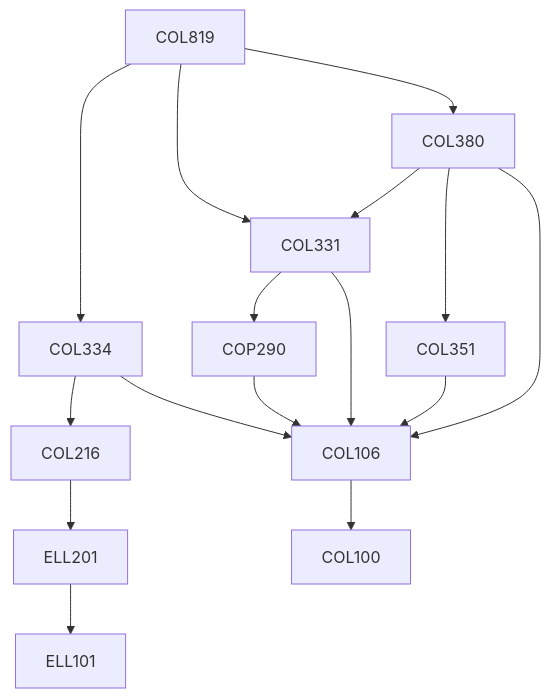
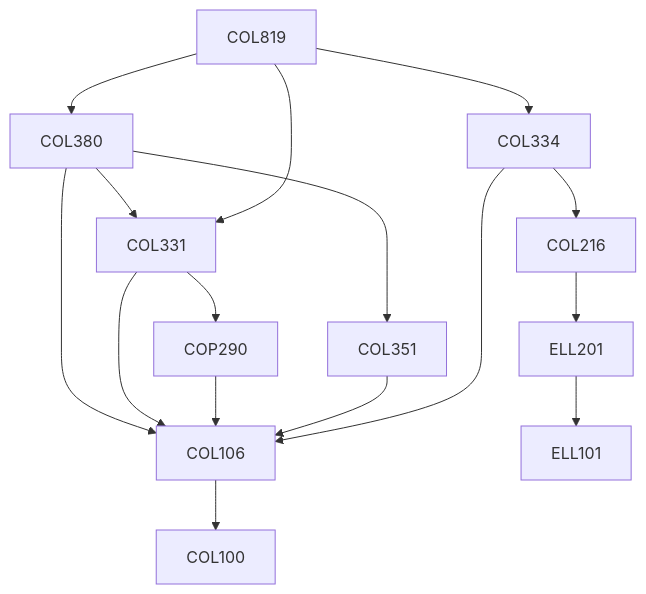
The diagram in content/Computer Science and Engineering/COL819.md (KeshavBansal0122/CoS_Website), drawn with Mermaid before and after one commit. The commit also changed other lines of this file and 392 other files, not shown here.

````diff
--- a/content/Computer Science and Engineering/COL819.md
+++ b/content/Computer Science and Engineering/COL819.md
@@ -13,22 +13,22 @@
 ```mermaid
 flowchart TD
 COL819-234[COL819]
-COL334-234 --> COL106-234[COL106]
-COP290-234 --> COL106-234[COL106]
 COL819-234 --> COL380-234[COL380]
+COL380-234 --> COL351-234[COL351]
+COL380-234 --> COL106-234[COL106]
 COL331-234 --> COL106-234[COL106]
-COL819-234 --> COL331-234[COL331]
-COL819-234 --> COL334-234[COL334]
-COL351-234 --> COL106-234[COL106]
-COL380-234 --> COL351-234[COL351]
-COL216-234 --> ELL201-234[ELL201]
 ELL201-234 --> ELL101-234[ELL101]
 COL106-234 --> COL100-234[COL100]
-COL380-234 --> COL106-234[COL106]
+COL331-234 --> COP290-234[COP290]
+COP290-234 --> COL106-234[COL106]
+COL380-234 --> COL331-234[COL331]
+COL351-234 --> COL106-234[COL106]
+COL216-234 --> ELL201-234[ELL201]
+COL819-234 --> COL334-234[COL334]
+COL334-234 --> COL106-234[COL106]
+COL819-234 --> COL331-234[COL331]
 COL334-234 --> COL216-234[COL216]
-COL331-234 --> COP290-234[COP290]
-COL380-234 --> COL331-234[COL331]
 
 classDef empty height:17px, fill:transparent, stroke:transparent;
 classDef trueEmpty height:0px, width:0px;
 ```
````
